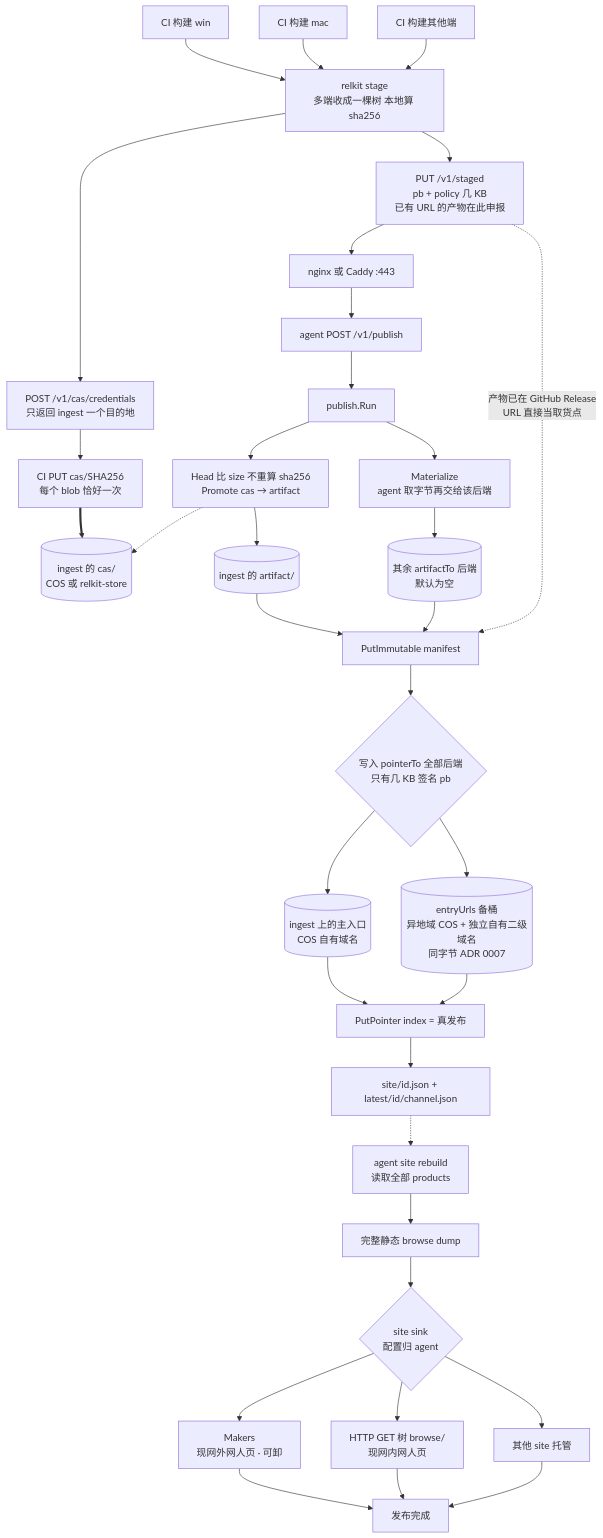
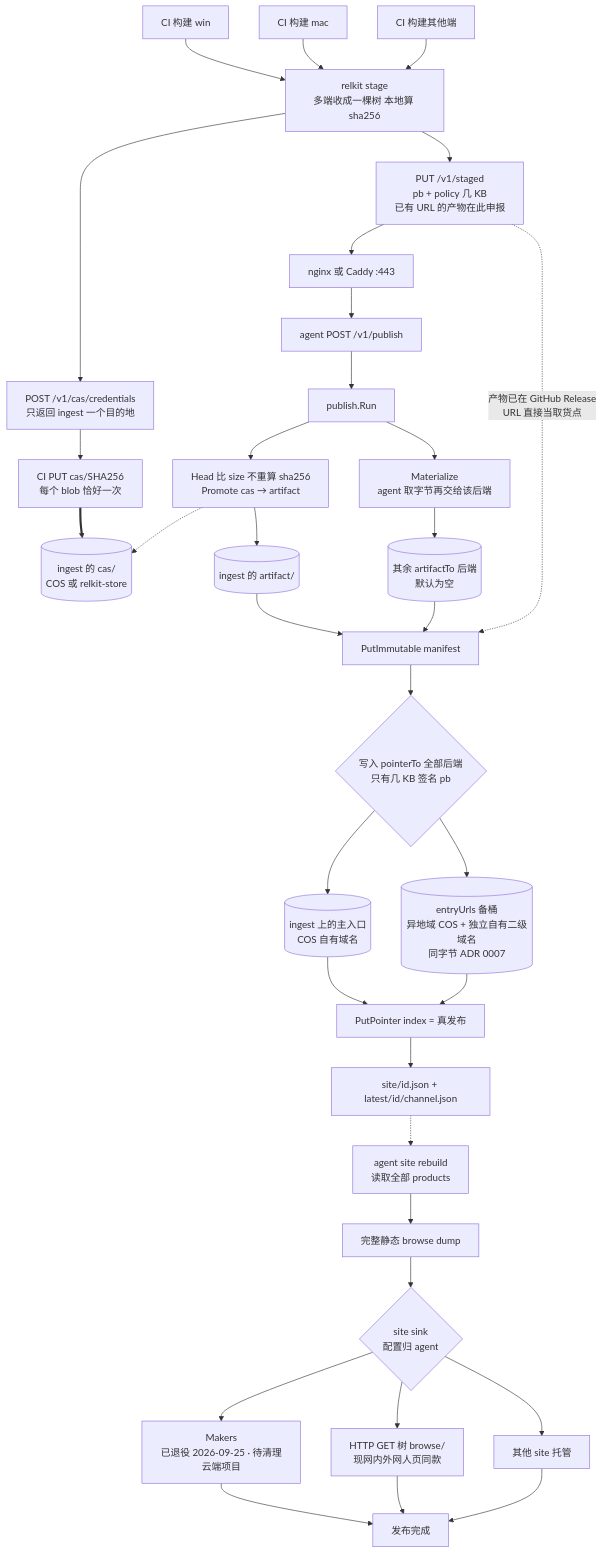
Before and after one commit to shichao402/relkit: the first of 2 diagrams in docs/design/publish-topology.md, drawn with Mermaid. The commit also changed other lines of this file, not shown here.

First line of the commit message:
docs: public data plane moved to on-box store; Makers retired from serving path

````diff
--- a/docs/design/publish-topology.md
+++ b/docs/design/publish-topology.md
@@ -42,46 +42,46 @@
 ```mermaid
 flowchart TB
   win["CI 构建 win"] --> stage
   mac["CI 构建 mac"] --> stage
   apk["CI 构建其他端"] --> stage
   stage["relkit stage<br/>多端收成一棵树 本地算 sha256"]
 
   stage --> tok["POST /v1/cas/credentials<br/>只返回 ingest 一个目的地"]
   tok --> casPut["CI PUT cas/SHA256<br/>每个 blob 恰好一次"]
   stage --> stagedMeta["PUT /v1/staged<br/>pb + policy 几 KB<br/>已有 URL 的产物在此申报"]
 
   casPut ==> ingestCas[("ingest 的 cas/<br/>COS 或 relkit-store")]
   stagedMeta --> ngx["nginx 或 Caddy :443"]
   ngx --> postPub["agent POST /v1/publish"]
   postPub --> run["publish.Run"]
 
   run --> promote["Head 比 size 不重算 sha256<br/>Promote cas → artifact"]
   promote -.-> ingestCas
   promote --> artIngest[("ingest 的 artifact/")]
   run --> mat["Materialize<br/>agent 取字节再交给该后端"]
   mat --> artOther[("其余 artifactTo 后端<br/>默认为空")]
 
   artIngest --> man["PutImmutable manifest"]
   artOther --> man
   stagedMeta -.->|"产物已在 GitHub Release<br/>URL 直接当取货点"| man
 
   man --> ptrFan{"写入 pointerTo 全部后端<br/>只有几 KB 签名 pb"}
   ptrFan --> pIngest[("ingest 上的主入口<br/>COS 自有域名")]
   ptrFan --> pMirror[("entryUrls 备桶<br/>异地域 COS + 独立自有二级域名<br/>同字节 ADR 0007")]
 
   pIngest --> idx["PutPointer index = 真发布"]
   pMirror --> idx
   idx --> meta["site/id.json + latest/id/channel.json"]
   meta -.-> rebuild["agent site rebuild<br/>读取全部 products"]
   rebuild --> dump["完整静态 browse dump"]
 
   dump --> sink{"site sink<br/>配置归 agent"}
 
-  sink --> makers["Makers<br/>现网外网人页 · 可卸"]
-  sink --> tree["HTTP GET 树 browse/<br/>现网内网人页"]
+  sink --> makers["Makers<br/>已退役 2026-09-25 · 待清理云端项目"]
+  sink --> tree["HTTP GET 树 browse/<br/>现网内外网人页同款"]
   sink --> other["其他 site 托管"]
 
   makers --> done["发布完成"]
   tree --> done
   other --> done
 ```
````
